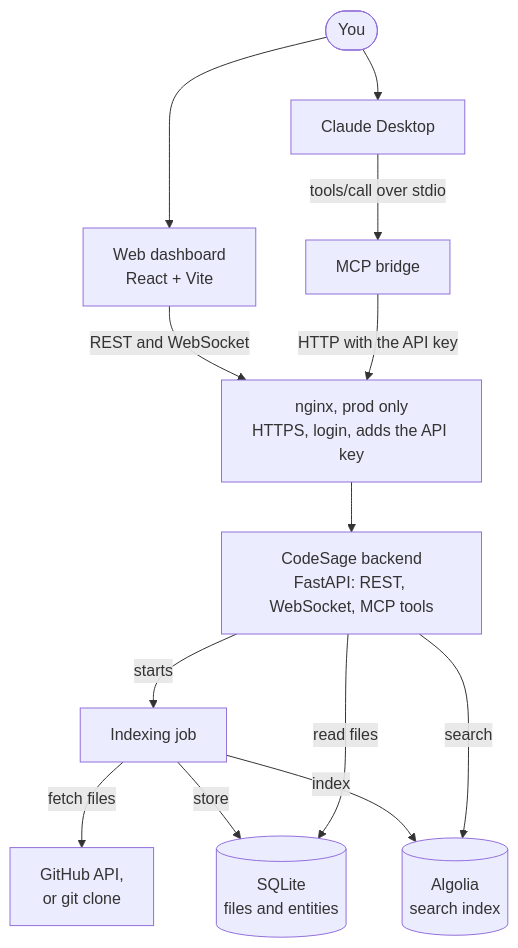
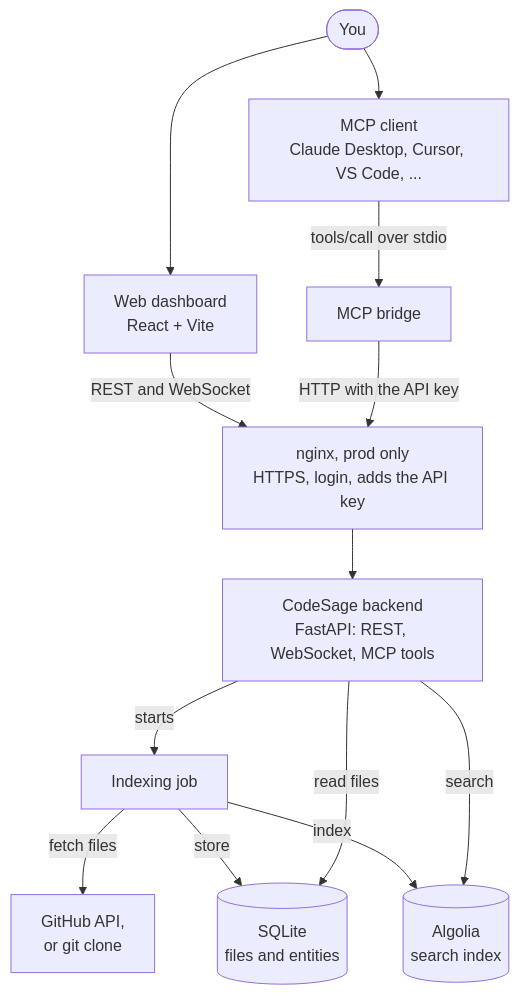
The first of 8 diagrams in README.md (ntanwir10/codesage-algolia-challenge), drawn with Mermaid before and after one commit. The commit also changed other lines of this file and 6 other files, not shown here.

First line of the commit message:
Installers for Cursor, VS Code and Windsurf; dry runs print only the CodeSage entry

````diff
--- a/README.md
+++ b/README.md
@@ -9,15 +9,15 @@
 ```mermaid
 flowchart TB
     you(["You"]) --> browser["Web dashboard<br/>React + Vite"]
-    you --> claude["Claude Desktop"]
+    you --> claude["MCP client<br/>Claude Desktop, Cursor, VS Code, ..."]
     claude -- "tools/call over stdio" --> bridge["MCP bridge"]
     browser -- "REST and WebSocket" --> nginx["nginx, prod only<br/>HTTPS, login, adds the API key"]
     bridge -- "HTTP with the API key" --> nginx
     nginx --> api["CodeSage backend<br/>FastAPI: REST, WebSocket, MCP tools"]
     api -- "starts" --> job["Indexing job"]
     job -- "fetch files" --> github["GitHub API,<br/>or git clone"]
     job -- "store" --> db[("SQLite<br/>files and entities")]
     job -- "index" --> algolia[("Algolia<br/>search index")]
     api -- "search" --> algolia
     api -- "read files" --> db
 ```
````
